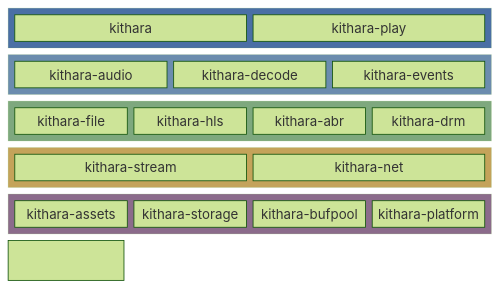
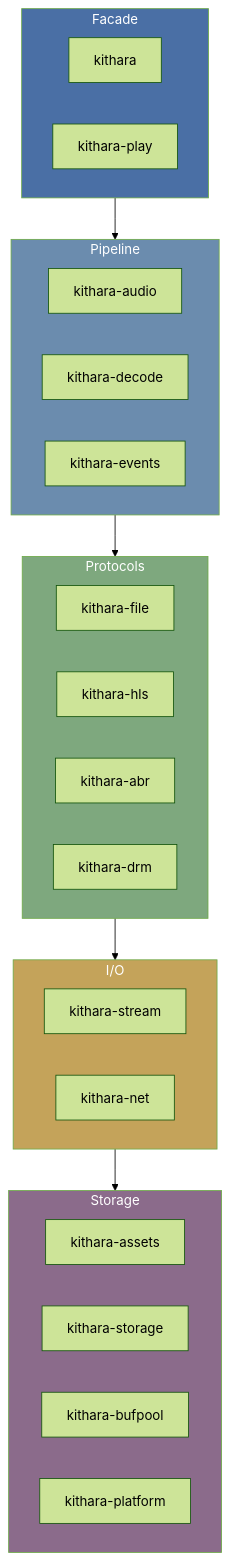
Before and after one commit to zvuk/kithara: the diagram in CLAUDE.md, drawn with Mermaid (forest theme). The commit also changed 1 other file, not shown here.

Commit message:
Replace block-beta diagrams with graph TD for browser compatibility
block-beta is an experimental Mermaid diagram type not supported by
GitHub's renderer or most browser-based Mermaid viewers. Convert to
graph TD with subgraphs which is universally supported.

https://claude.ai/code/session_01RSrxmFrFtHBHD39bim4uoJ

````diff
--- a/CLAUDE.md
+++ b/CLAUDE.md
@@ -44,42 +44,41 @@
 ```mermaid
-block-beta
-    columns 4
-
-    block:facade:4
+%%{init: {"flowchart": {"curve": "linear"}} }%%
+graph TD
+    subgraph facade["Facade"]
         kithara["kithara"]
         play["kithara-play"]
     end
 
-    block:pipeline:4
+    subgraph pipeline["Pipeline"]
         audio["kithara-audio"]
         decode["kithara-decode"]
         events["kithara-events"]
     end
 
-    block:protocols:4
+    subgraph protocols["Protocols"]
         file["kithara-file"]
         hls["kithara-hls"]
         abr["kithara-abr"]
         drm["kithara-drm"]
     end
 
-    block:io:4
+    subgraph io["I/O"]
         stream["kithara-stream"]
         net["kithara-net"]
     end
 
-    block:storage:4
+    subgraph storage["Storage"]
         assets["kithara-assets"]
         stor["kithara-storage"]
         bufpool["kithara-bufpool"]
         platform["kithara-platform"]
     end
 
     facade --> pipeline --> protocols --> io --> storage
 
     style facade fill:#4a6fa5,color:#fff
     style pipeline fill:#6b8cae,color:#fff
     style protocols fill:#7ea87e,color:#fff
     style io fill:#c4a35a,color:#fff
     style storage fill:#8b6b8b,color:#fff
 ```
````
